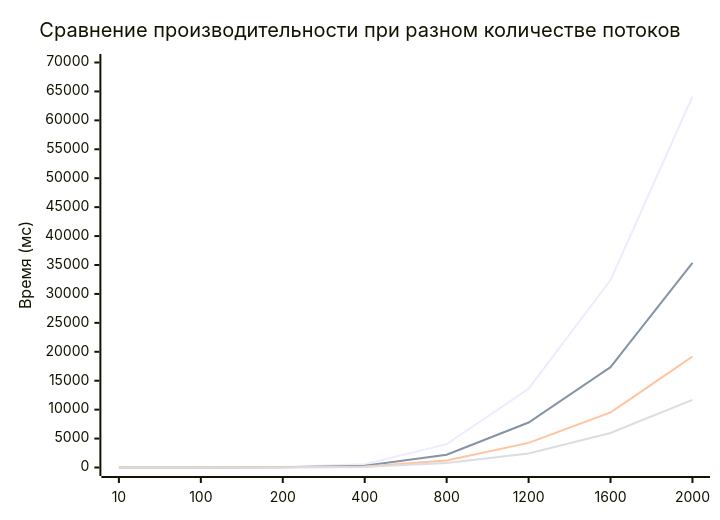
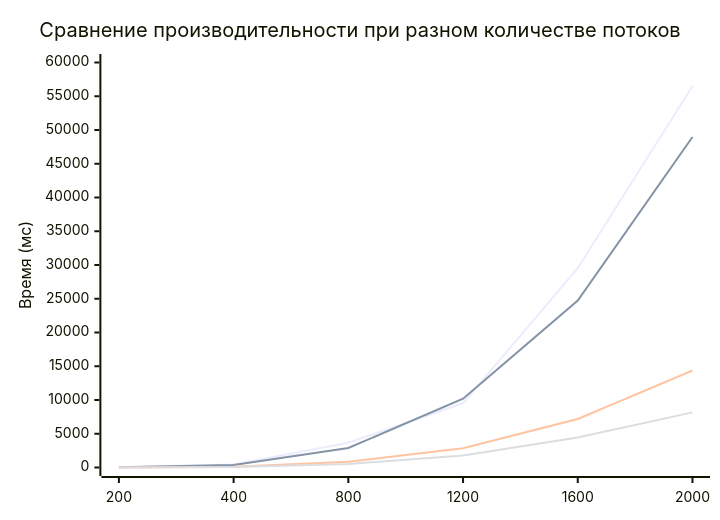
One commit to BD201/PP changed the diagram in README.md. Above: the diagram before and after it, drawn with Mermaid. The commit also changed other lines of this file and 98 other files, not shown here.

````diff
--- a/README.md
+++ b/README.md
@@ -48,10 +48,10 @@
 ```mermaid
 xychart-beta
     title "Сравнение производительности при разном количестве потоков"
-    x-axis ["10", "100", "200", "400", "800", "1200", "1600", "2000"]
-    y-axis "Время (мс)" 0 --> 70000
-    line [0.018, 7.855, 70.48, 561.609, 4044.55, 13617.9, 32394.6, 64124.5]
-    line [0.117, 6.592, 42.047, 304.151, 2207.14, 7777.86, 17346.8, 35365.7]
-    line [0.296, 4.193, 25.253, 178.805, 1196.21, 4252.53, 9510.51, 19181.1]
-    line [0.962, 3.148, 15.51, 99.027, 758.1, 2406.17, 5974.68, 11695.9]
+    x-axis ["200", "400", "800", "1200", "1600", "2000"]
+    y-axis "Время (мс)" 0 --> 60000
+    line [53.946, 431.437, 3672.07, 9517.4, 29531.4, 56502.2]
+    line [49.917, 387.174, 2884.98, 10193.7, 24724.3, 48963.9]
+    line [16.83, 120.177, 839.869, 2849.05, 7185.09, 14370.1]
+    line [9.352, 81.763, 525.234, 1779.83, 4433.23, 8164.45]
 ```
````
